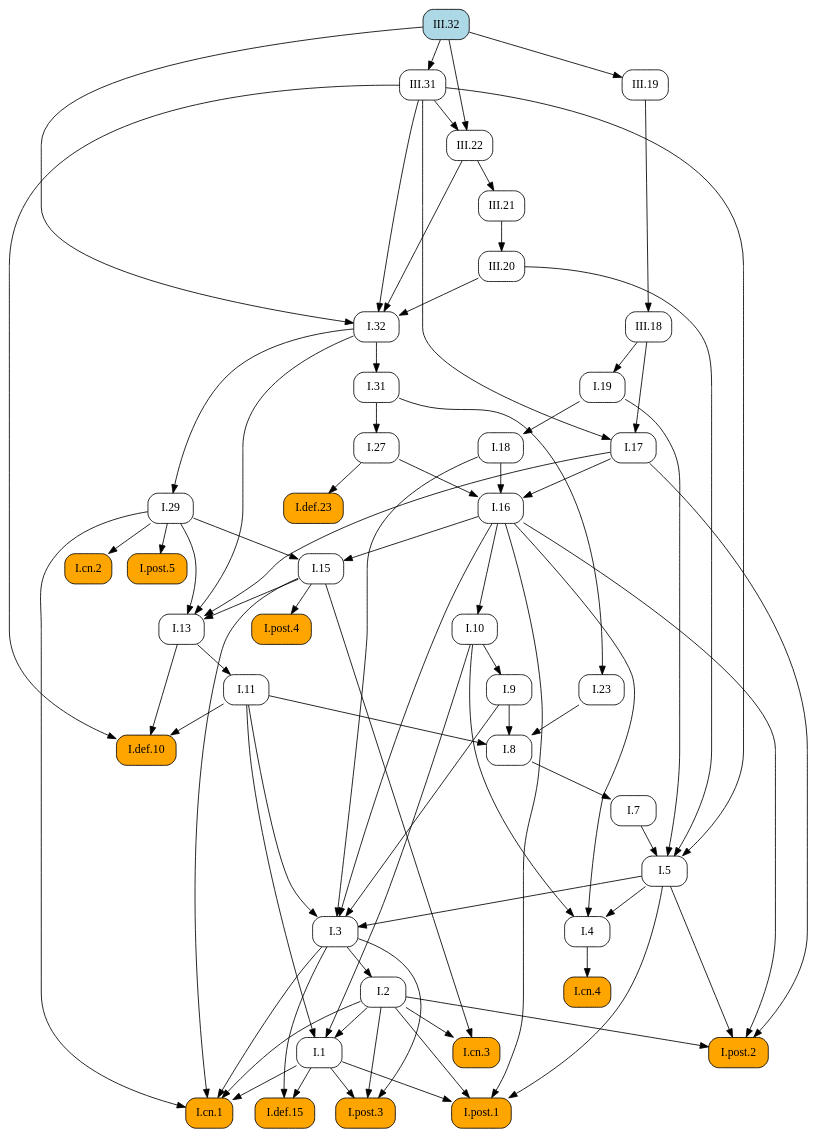
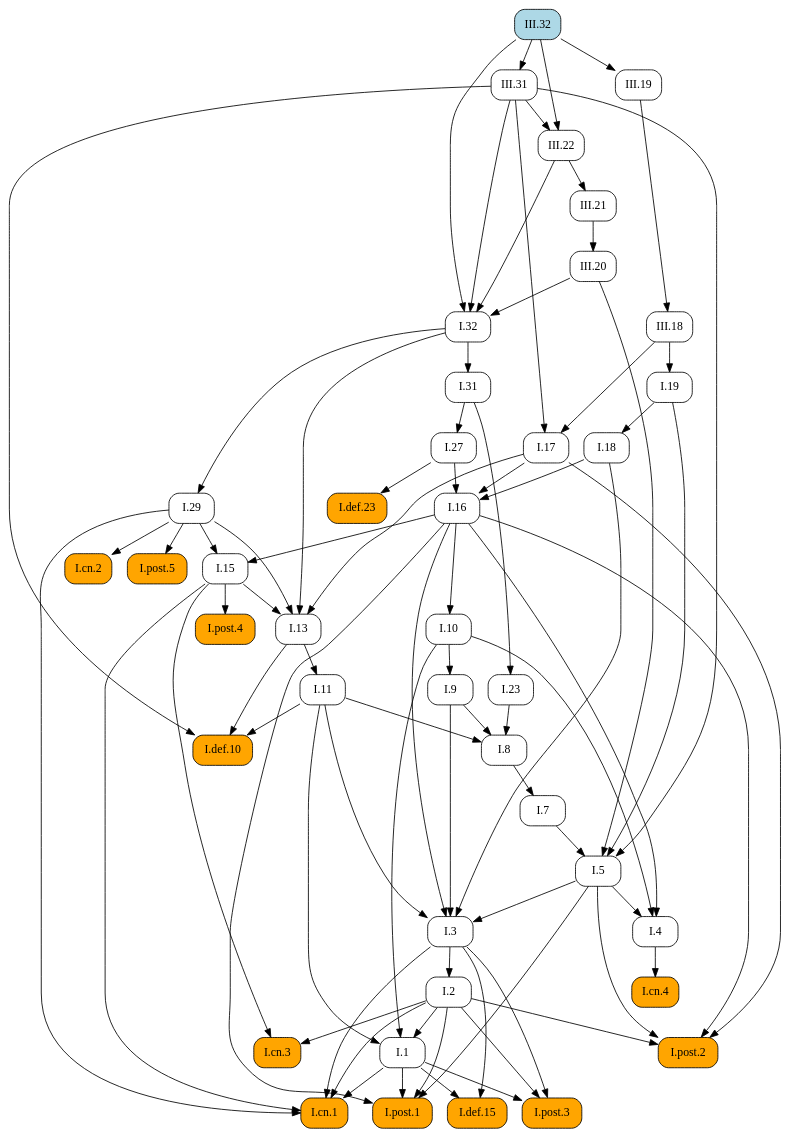
Before and after one commit to geometor/elements: the diagram in docsrc/heath/III/32/index.rst, drawn with Graphviz. The commit also changed other lines of this file and 1029 other files, not shown here.

```diff
--- a/docsrc/heath/III/32/index.rst
+++ b/docsrc/heath/III/32/index.rst
@@ -59,123 +59,123 @@
    digraph {
      rankdir="TB";
      node [shape=box, style=rounded];
+     "I.def.10" [style="rounded,filled", fillcolor=orange, URL="/heath/I/def.10/", target="_top"];
+     "I.11" [URL="/heath/I/11/", target="_top"];
+     "I.post.4" [style="rounded,filled", fillcolor=orange, URL="/heath/I/post.4/", target="_top"];
+     "I.1" [URL="/heath/I/1/", target="_top"];
+     "III.32" [style="rounded,filled", fillcolor=lightblue, URL="/heath/III/32/", target="_top"];
+     "I.29" [URL="/heath/I/29/", target="_top"];
+     "III.20" [URL="/heath/III/20/", target="_top"];
+     "I.cn.2" [style="rounded,filled", fillcolor=orange, URL="/heath/I/cn.2/", target="_top"];
+     "III.19" [URL="/heath/III/19/", target="_top"];
+     "III.31" [URL="/heath/III/31/", target="_top"];
+     "I.18" [URL="/heath/I/18/", target="_top"];
+     "I.def.15" [style="rounded,filled", fillcolor=orange, URL="/heath/I/def.15/", target="_top"];
+     "I.post.3" [style="rounded,filled", fillcolor=orange, URL="/heath/I/post.3/", target="_top"];
+     "I.cn.1" [style="rounded,filled", fillcolor=orange, URL="/heath/I/cn.1/", target="_top"];
      "I.cn.3" [style="rounded,filled", fillcolor=orange, URL="/heath/I/cn.3/", target="_top"];
+     "I.23" [URL="/heath/I/23/", target="_top"];
+     "I.post.1" [style="rounded,filled", fillcolor=orange, URL="/heath/I/post.1/", target="_top"];
+     "I.27" [URL="/heath/I/27/", target="_top"];
+     "I.7" [URL="/heath/I/7/", target="_top"];
+     "I.3" [URL="/heath/I/3/", target="_top"];
+     "I.2" [URL="/heath/I/2/", target="_top"];
+     "I.4" [URL="/heath/I/4/", target="_top"];
+     "I.def.23" [style="rounded,filled", fillcolor=orange, URL="/heath/I/def.23/", target="_top"];
+     "I.13" [URL="/heath/I/13/", target="_top"];
+     "I.17" [URL="/heath/I/17/", target="_top"];
+     "I.31" [URL="/heath/I/31/", target="_top"];
+     "I.post.2" [style="rounded,filled", fillcolor=orange, URL="/heath/I/post.2/", target="_top"];
+     "I.16" [URL="/heath/I/16/", target="_top"];
+     "I.19" [URL="/heath/I/19/", target="_top"];
+     "I.9" [URL="/heath/I/9/", target="_top"];
+     "I.32" [URL="/heath/I/32/", target="_top"];
+     "I.8" [URL="/heath/I/8/", target="_top"];
+     "I.cn.4" [style="rounded,filled", fillcolor=orange, URL="/heath/I/cn.4/", target="_top"];
+     "I.15" [URL="/heath/I/15/", target="_top"];
+     "III.21" [URL="/heath/III/21/", target="_top"];
      "III.22" [URL="/heath/III/22/", target="_top"];
-     "I.29" [URL="/heath/I/29/", target="_top"];
-     "I.7" [URL="/heath/I/7/", target="_top"];
-     "I.27" [URL="/heath/I/27/", target="_top"];
-     "I.def.23" [style="rounded,filled", fillcolor=orange, URL="/heath/I/def.23/", target="_top"];
-     "I.8" [URL="/heath/I/8/", target="_top"];
-     "I.9" [URL="/heath/I/9/", target="_top"];
-     "III.20" [URL="/heath/III/20/", target="_top"];
-     "I.post.4" [style="rounded,filled", fillcolor=orange, URL="/heath/I/post.4/", target="_top"];
-     "I.2" [URL="/heath/I/2/", target="_top"];
-     "I.def.15" [style="rounded,filled", fillcolor=orange, URL="/heath/I/def.15/", target="_top"];
-     "I.1" [URL="/heath/I/1/", target="_top"];
-     "I.post.1" [style="rounded,filled", fillcolor=orange, URL="/heath/I/post.1/", target="_top"];
+     "I.post.5" [style="rounded,filled", fillcolor=orange, URL="/heath/I/post.5/", target="_top"];
+     "I.10" [URL="/heath/I/10/", target="_top"];
      "III.18" [URL="/heath/III/18/", target="_top"];
-     "III.19" [URL="/heath/III/19/", target="_top"];
-     "I.cn.4" [style="rounded,filled", fillcolor=orange, URL="/heath/I/cn.4/", target="_top"];
-     "I.19" [URL="/heath/I/19/", target="_top"];
-     "I.23" [URL="/heath/I/23/", target="_top"];
-     "I.13" [URL="/heath/I/13/", target="_top"];
-     "III.31" [URL="/heath/III/31/", target="_top"];
-     "I.cn.2" [style="rounded,filled", fillcolor=orange, URL="/heath/I/cn.2/", target="_top"];
      "I.5" [URL="/heath/I/5/", target="_top"];
-     "III.21" [URL="/heath/III/21/", target="_top"];
-     "I.11" [URL="/heath/I/11/", target="_top"];
-     "I.10" [URL="/heath/I/10/", target="_top"];
-     "I.4" [URL="/heath/I/4/", target="_top"];
-     "I.3" [URL="/heath/I/3/", target="_top"];
-     "I.16" [URL="/heath/I/16/", target="_top"];
-     "I.31" [URL="/heath/I/31/", target="_top"];
-     "I.def.10" [style="rounded,filled", fillcolor=orange, URL="/heath/I/def.10/", target="_top"];
-     "III.32" [style="rounded,filled", fillcolor=lightblue, URL="/heath/III/32/", target="_top"];
-     "I.post.2" [style="rounded,filled", fillcolor=orange, URL="/heath/I/post.2/", target="_top"];
-     "I.post.3" [style="rounded,filled", fillcolor=orange, URL="/heath/I/post.3/", target="_top"];
-     "I.post.5" [style="rounded,filled", fillcolor=orange, URL="/heath/I/post.5/", target="_top"];
-     "I.15" [URL="/heath/I/15/", target="_top"];
-     "I.17" [URL="/heath/I/17/", target="_top"];
-     "I.cn.1" [style="rounded,filled", fillcolor=orange, URL="/heath/I/cn.1/", target="_top"];
-     "I.32" [URL="/heath/I/32/", target="_top"];
-     "I.18" [URL="/heath/I/18/", target="_top"];
-     "I.2" -> "I.cn.3";
-     "I.15" -> "I.cn.3";
-     "III.31" -> "III.22";
-     "III.32" -> "III.22";
-     "I.32" -> "I.29";
-     "I.8" -> "I.7";
-     "I.31" -> "I.27";
-     "I.27" -> "I.def.23";
-     "I.9" -> "I.8";
-     "I.11" -> "I.8";
-     "I.23" -> "I.8";
-     "I.10" -> "I.9";
-     "III.21" -> "III.20";
+     "I.11" -> "I.def.10";
+     "I.13" -> "I.def.10";
+     "III.31" -> "I.def.10";
+     "I.13" -> "I.11";
      "I.15" -> "I.post.4";
-     "I.3" -> "I.2";
-     "I.1" -> "I.def.15";
-     "I.3" -> "I.def.15";
      "I.2" -> "I.1";
      "I.10" -> "I.1";
      "I.11" -> "I.1";
+     "I.32" -> "I.29";
+     "III.21" -> "III.20";
+     "I.29" -> "I.cn.2";
+     "III.32" -> "III.19";
+     "III.32" -> "III.31";
+     "I.19" -> "I.18";
+     "I.1" -> "I.def.15";
+     "I.3" -> "I.def.15";
+     "I.1" -> "I.post.3";
+     "I.2" -> "I.post.3";
+     "I.3" -> "I.post.3";
+     "I.1" -> "I.cn.1";
+     "I.2" -> "I.cn.1";
+     "I.3" -> "I.cn.1";
+     "I.15" -> "I.cn.1";
+     "I.29" -> "I.cn.1";
+     "I.2" -> "I.cn.3";
+     "I.15" -> "I.cn.3";
+     "I.31" -> "I.23";
      "I.1" -> "I.post.1";
      "I.2" -> "I.post.1";
      "I.5" -> "I.post.1";
      "I.16" -> "I.post.1";
-     "III.19" -> "III.18";
-     "III.32" -> "III.19";
-     "I.4" -> "I.cn.4";
-     "III.18" -> "I.19";
-     "I.31" -> "I.23";
-     "I.15" -> "I.13";
-     "I.17" -> "I.13";
-     "I.29" -> "I.13";
-     "I.32" -> "I.13";
-     "III.32" -> "III.31";
-     "I.29" -> "I.cn.2";
-     "I.7" -> "I.5";
-     "I.19" -> "I.5";
-     "III.20" -> "I.5";
-     "III.31" -> "I.5";
-     "III.22" -> "III.21";
-     "I.13" -> "I.11";
-     "I.16" -> "I.10";
-     "I.5" -> "I.4";
-     "I.10" -> "I.4";
-     "I.16" -> "I.4";
+     "I.31" -> "I.27";
+     "I.8" -> "I.7";
      "I.5" -> "I.3";
      "I.9" -> "I.3";
      "I.11" -> "I.3";
      "I.16" -> "I.3";
      "I.18" -> "I.3";
-     "I.17" -> "I.16";
-     "I.18" -> "I.16";
-     "I.27" -> "I.16";
+     "I.3" -> "I.2";
+     "I.5" -> "I.4";
+     "I.10" -> "I.4";
+     "I.16" -> "I.4";
+     "I.27" -> "I.def.23";
+     "I.15" -> "I.13";
+     "I.17" -> "I.13";
+     "I.29" -> "I.13";
+     "I.32" -> "I.13";
+     "III.18" -> "I.17";
+     "III.31" -> "I.17";
      "I.32" -> "I.31";
-     "I.11" -> "I.def.10";
-     "I.13" -> "I.def.10";
-     "III.31" -> "I.def.10";
      "I.2" -> "I.post.2";
      "I.5" -> "I.post.2";
      "I.16" -> "I.post.2";
      "I.17" -> "I.post.2";
-     "I.1" -> "I.post.3";
-     "I.2" -> "I.post.3";
-     "I.3" -> "I.post.3";
-     "I.29" -> "I.post.5";
-     "I.16" -> "I.15";
-     "I.29" -> "I.15";
-     "III.18" -> "I.17";
-     "III.31" -> "I.17";
-     "I.1" -> "I.cn.1";
-     "I.2" -> "I.cn.1";
-     "I.3" -> "I.cn.1";
-     "I.15" -> "I.cn.1";
-     "I.29" -> "I.cn.1";
+     "I.17" -> "I.16";
+     "I.18" -> "I.16";
+     "I.27" -> "I.16";
+     "III.18" -> "I.19";
+     "I.10" -> "I.9";
      "III.20" -> "I.32";
      "III.22" -> "I.32";
      "III.31" -> "I.32";
      "III.32" -> "I.32";
-     "I.19" -> "I.18";
+     "I.9" -> "I.8";
+     "I.11" -> "I.8";
+     "I.23" -> "I.8";
+     "I.4" -> "I.cn.4";
+     "I.16" -> "I.15";
+     "I.29" -> "I.15";
+     "III.22" -> "III.21";
+     "III.31" -> "III.22";
+     "III.32" -> "III.22";
+     "I.29" -> "I.post.5";
+     "I.16" -> "I.10";
+     "III.19" -> "III.18";
+     "I.7" -> "I.5";
+     "I.19" -> "I.5";
+     "III.20" -> "I.5";
+     "III.31" -> "I.5";
    }
```
